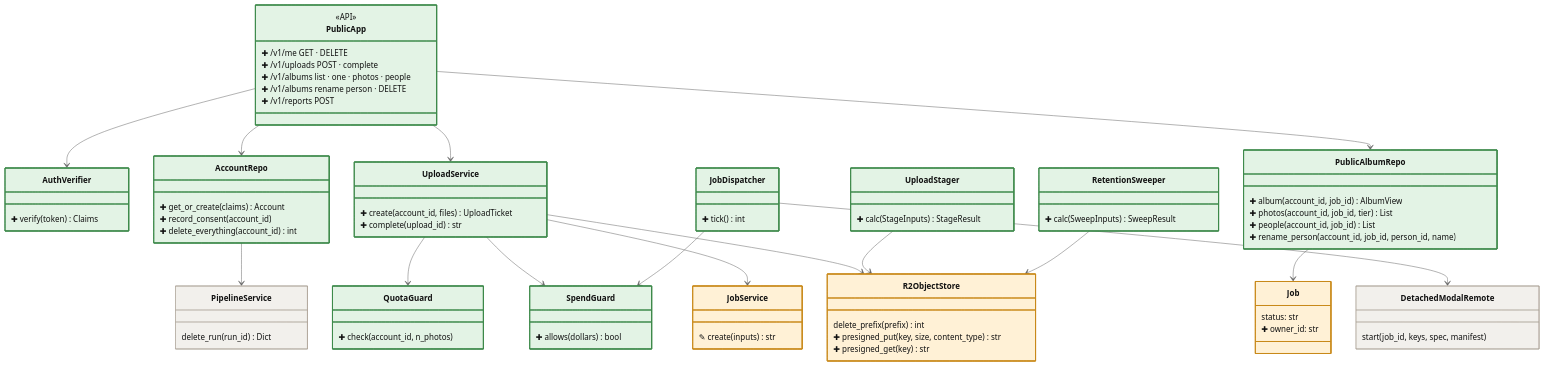
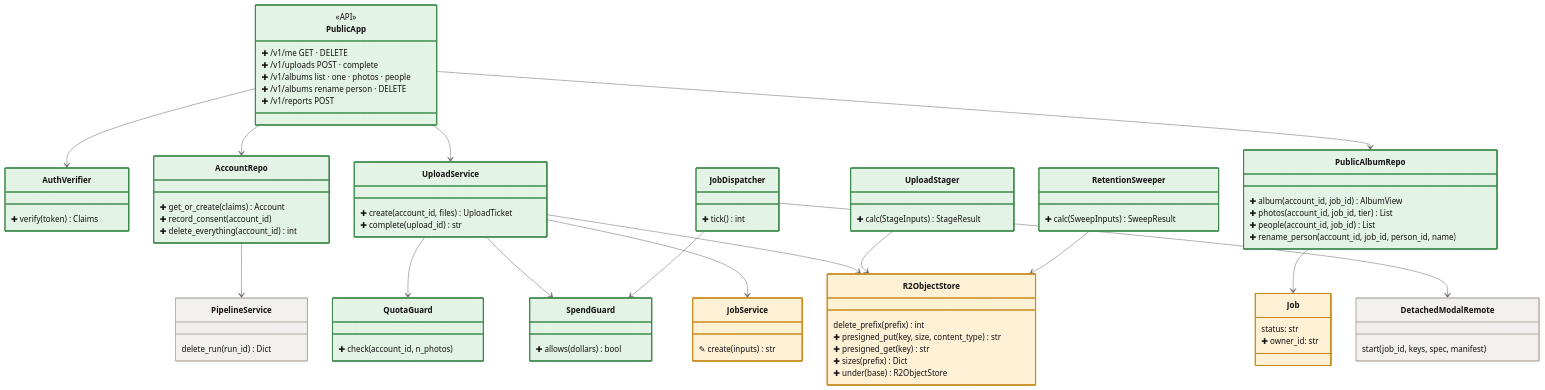
Before and after one commit to jonathanhexner/albumify: the second of 2 diagrams in specs/120-public-api-accounts/spec.md, drawn with Mermaid (neutral theme). The commit also changed other lines of this file and 21 other files, not shown here.

```diff
--- a/specs/120-public-api-accounts/spec.md
+++ b/specs/120-public-api-accounts/spec.md
@@ -110,6 +110,8 @@
     delete_prefix(prefix) int
     ✚ presigned_put(key, size, content_type) str
     ✚ presigned_get(key) str
+    ✚ sizes(prefix) Dict
+    ✚ under(base) R2ObjectStore
   }
   class JobService {
     ✎ create(inputs) str
```
